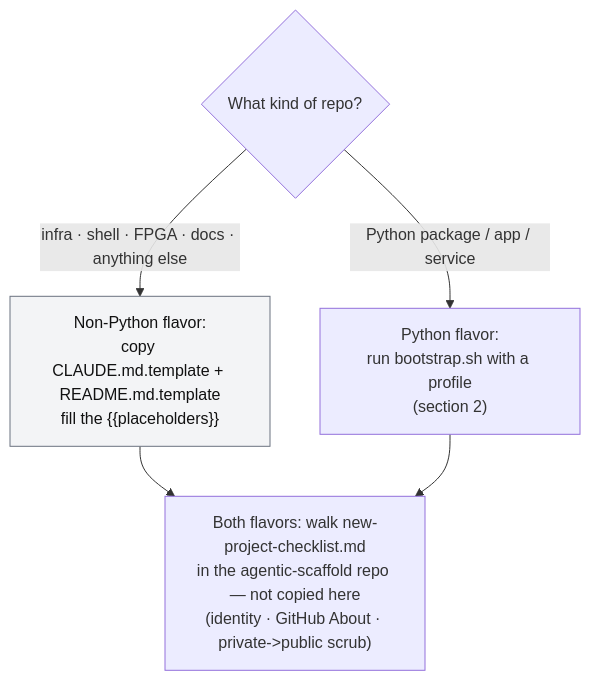
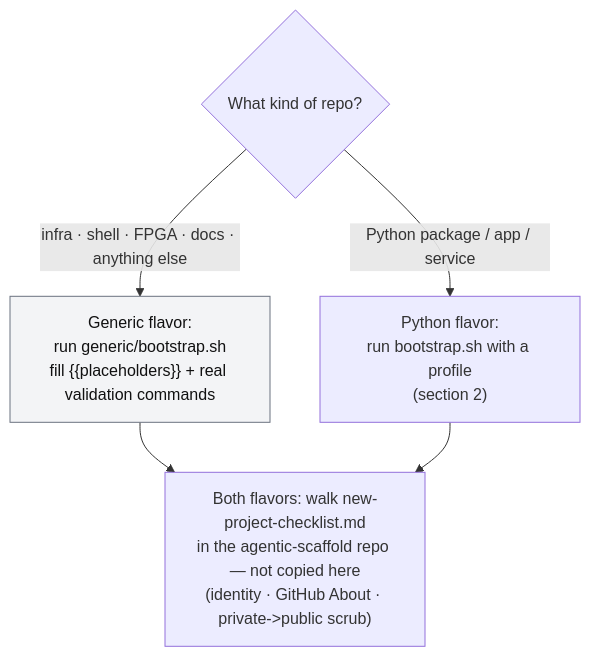
Before and after one commit to bbirkinbine/agentic-scaffold: the first of 3 diagrams in python/docs/project-types.md, drawn with Mermaid. The commit also changed other lines of this file and 134 other files, not shown here.

````diff
--- a/python/docs/project-types.md
+++ b/python/docs/project-types.md
@@ -20,11 +22,11 @@
 ```mermaid
 flowchart TD
     Q{"What kind of repo?"}
     Q -->|"Python package / app / service"| PY["Python flavor:<br/>run bootstrap.sh with a profile<br/>(section 2)"]
-    Q -->|"infra · shell · FPGA · docs · anything else"| NP["Non-Python flavor:<br/>copy CLAUDE.md.template + README.md.template<br/>fill the {{placeholders}}"]
+    Q -->|"infra · shell · FPGA · docs · anything else"| NP["Generic flavor:<br/>run generic/bootstrap.sh<br/>fill {{placeholders}} + real validation commands"]
     NP --> BOTH["Both flavors: walk new-project-checklist.md<br/>in the agentic-scaffold repo — not copied here<br/>(identity · GitHub About · private->public scrub)"]
     PY --> BOTH
 
     classDef nonpy fill:#f3f4f6,stroke:#6b7280,color:#111;
     class NP nonpy;
 ```
````
